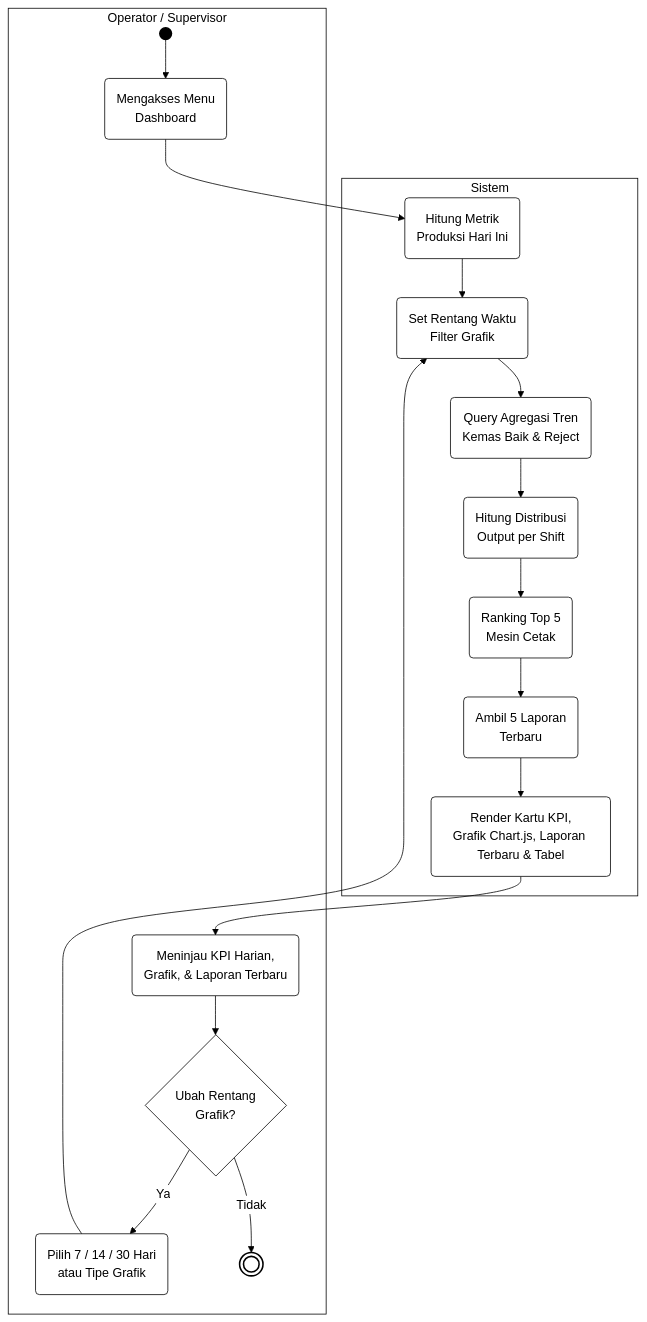
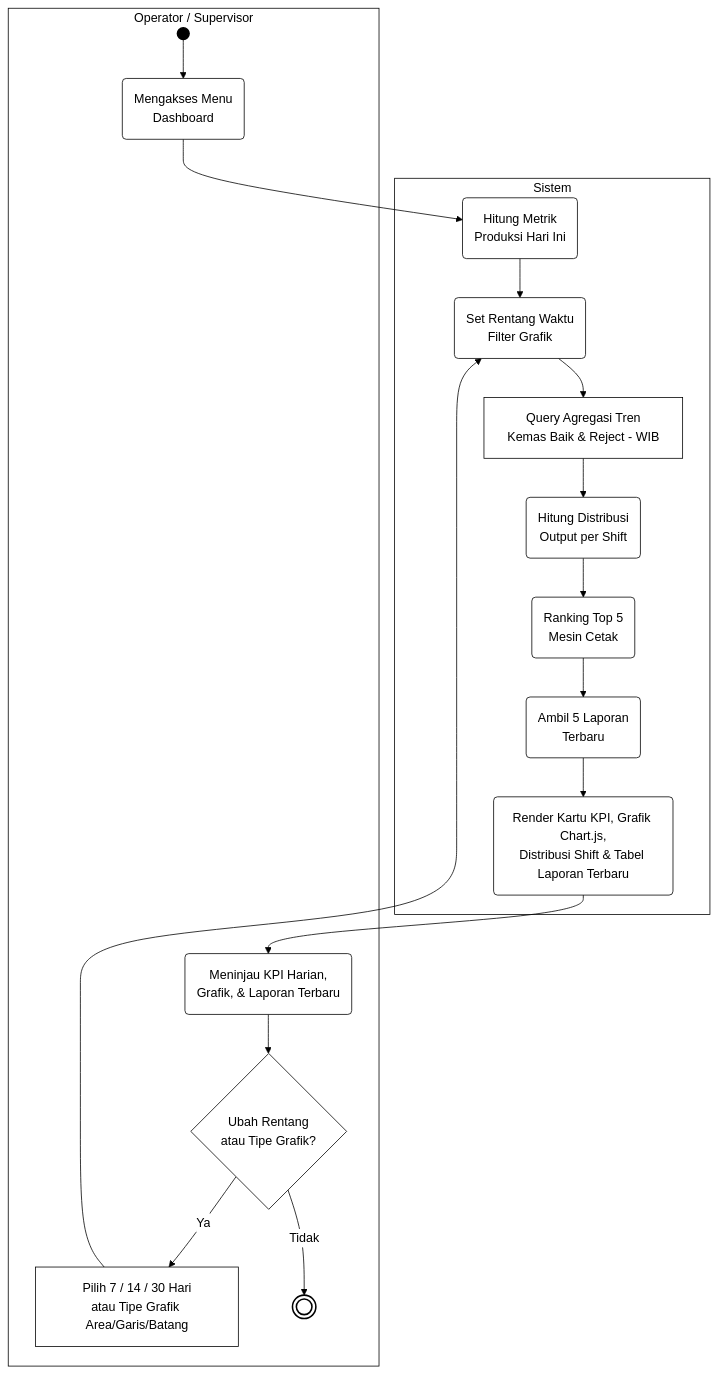
Diagram 19 of 21 in docs/BAB_III_Draft.md (ZulfikarHD/scan-produksi), drawn with Mermaid before and after one commit. The commit also changed other lines of this file, not shown here.

First line of the commit message:
refactor(docs): update activity diagrams for managing petugas data

````diff
--- a/docs/BAB_III_Draft.md
+++ b/docs/BAB_III_Draft.md
@@ -710,39 +1117,39 @@
 ```mermaid
 %%{init: {'theme': 'base', 'themeVariables': { 'primaryColor': '#ffffff', 'primaryBorderColor': '#000000', 'primaryTextColor': '#000000', 'lineColor': '#000000', 'textColor': '#000000', 'clusterBkg': '#ffffff', 'clusterBorder': '#000000', 'edgeLabelBackground':'#ffffff' }}}%%
 flowchart TD
     subgraph Pengguna ["Operator / Supervisor"]
         U_Start(( ))
         U_Buka(Mengakses Menu<br/>Dashboard)
-        U_Opsi{Ubah Rentang<br/>Grafik?}
-        U_Pilih(Pilih 7 / 14 / 30 Hari<br/>atau Tipe Grafik)
+        U_Opsi{Ubah Rentang<br/>atau Tipe Grafik?}
+        U_Pilih["Pilih 7 / 14 / 30 Hari<br/>atau Tipe Grafik Area/Garis/Batang"]
         U_Lihat(Meninjau KPI Harian,<br/>Grafik, & Laporan Terbaru)
         U_End((( )))
     end
 
     subgraph Sistem ["Sistem"]
         S_Metrik(Hitung Metrik<br/>Produksi Hari Ini)
         S_Rentang(Set Rentang Waktu<br/>Filter Grafik)
-        S_Query(Query Agregasi Tren<br/>Kemas Baik & Reject)
+        S_Query["Query Agregasi Tren<br/>Kemas Baik & Reject - WIB"]
         S_Shift(Hitung Distribusi<br/>Output per Shift)
         S_Mesin(Ranking Top 5<br/>Mesin Cetak)
         S_Recent(Ambil 5 Laporan<br/>Terbaru)
-        S_Render(Render Kartu KPI,<br/>Grafik Chart.js, Laporan Terbaru & Tabel)
+        S_Render(Render Kartu KPI, Grafik Chart.js,<br/>Distribusi Shift & Tabel Laporan Terbaru)
     end
 
     U_Start --> U_Buka
     U_Buka --> S_Metrik
     S_Metrik --> S_Rentang
     S_Rentang --> S_Query
     S_Query --> S_Shift
     S_Shift --> S_Mesin
     S_Mesin --> S_Recent
     S_Recent --> S_Render
     S_Render --> U_Lihat
     U_Lihat --> U_Opsi
     U_Opsi -- Ya --> U_Pilih
     U_Pilih --> S_Rentang
     U_Opsi -- Tidak --> U_End
 
     style U_Start fill:#000000,stroke:#000000,stroke-width:2px;
     style U_End fill:#ffffff,stroke:#000000,stroke-width:2px;
 ```
````
